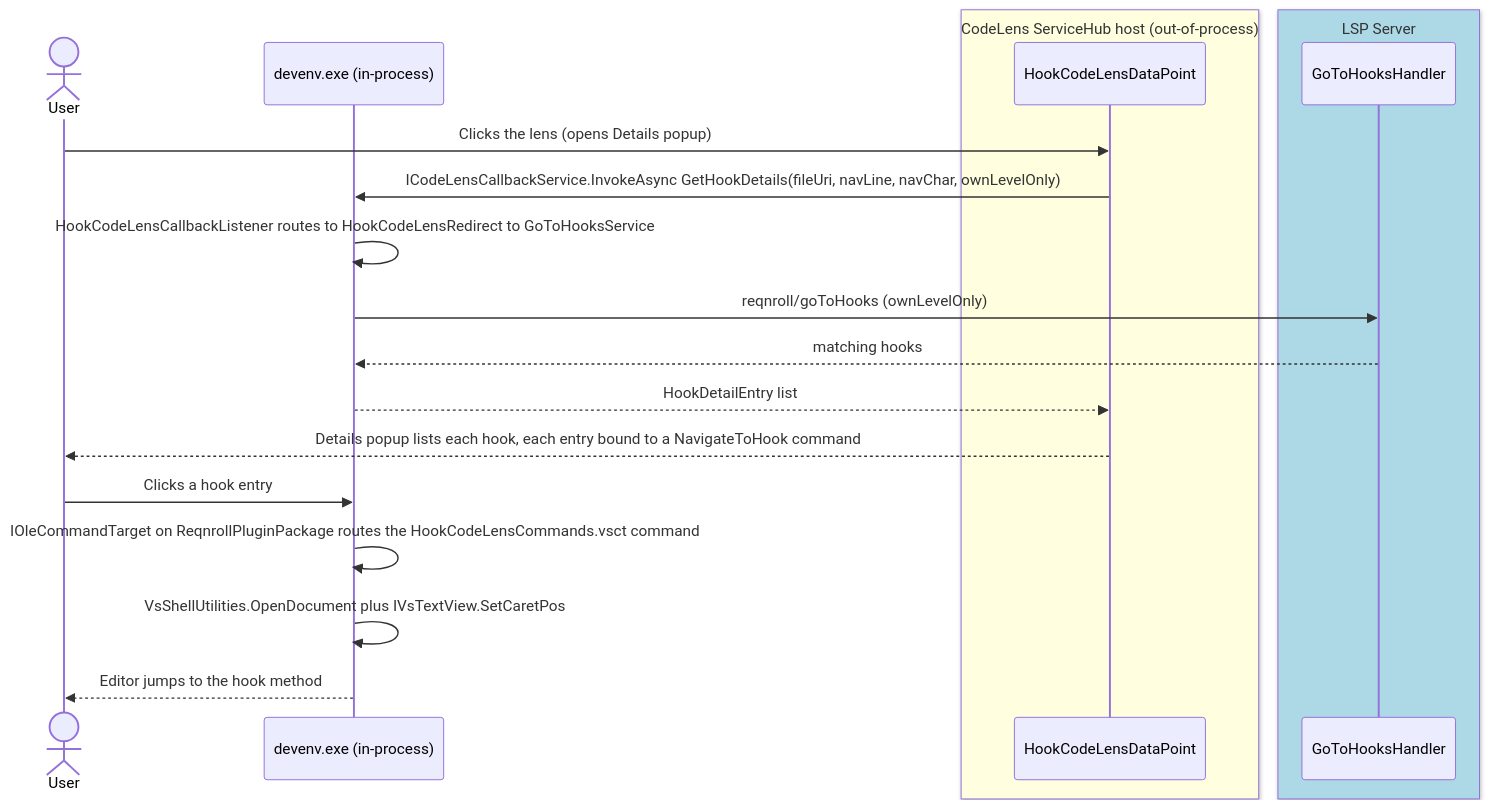
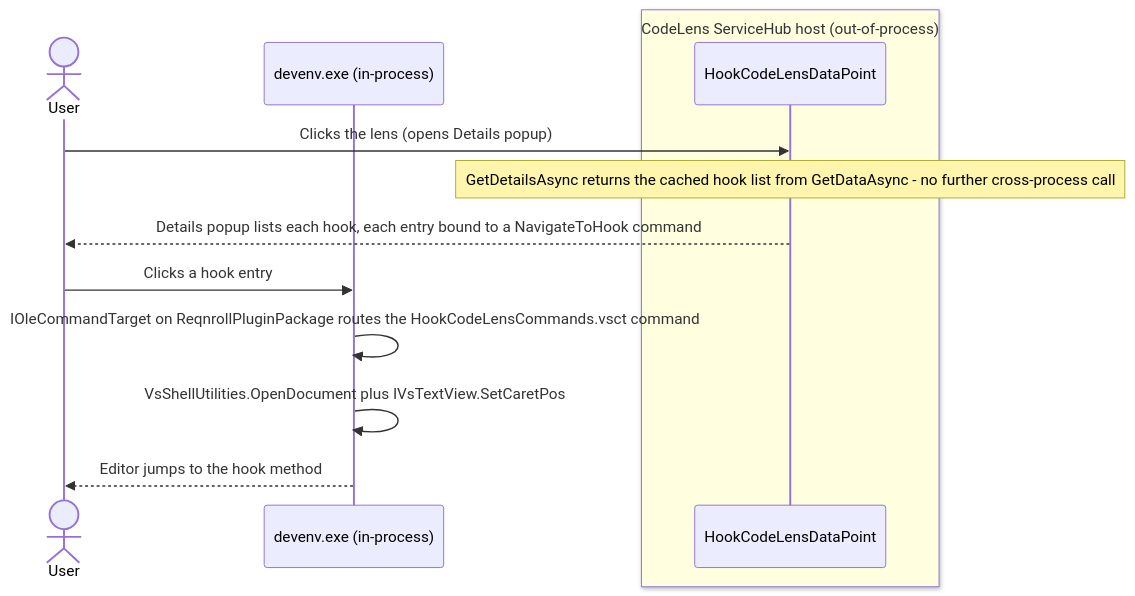
One commit to reqnroll/Reqnroll.IdeSupport changed diagram 21 of 21 in docs/LSP-IDE-Support-Feature-Designs.md. Above: the diagram before and after it, drawn with Mermaid.

Commit message:
docs: document the Details-popup deadlock fix (F24 requirement 5)
Adds the fifth platform requirement found live (GetDetailsAsync must not
make its own callback round-trip) and updates the component inventory and
both execution-flow diagrams to reflect that GetDataAsync now eagerly
fetches and caches Details-popup content instead.

````diff
--- a/docs/LSP-IDE-Support-Feature-Designs.md
+++ b/docs/LSP-IDE-Support-Feature-Designs.md
@@ -1680,26 +1690,18 @@
 ```mermaid
 sequenceDiagram
     actor User
     participant IDE as devenv.exe (in-process)
 
     box LightYellow CodeLens ServiceHub host (out-of-process)
         participant DP as HookCodeLensDataPoint
     end
 
-    box LightBlue LSP Server
-        participant GTH as GoToHooksHandler
-    end
-
     User->>DP: Clicks the lens (opens Details popup)
-    DP->>IDE: ICodeLensCallbackService.InvokeAsync GetHookDetails(fileUri, navLine, navChar, ownLevelOnly)
-    IDE->>IDE: HookCodeLensCallbackListener routes to HookCodeLensRedirect to GoToHooksService
-    IDE->>GTH: reqnroll/goToHooks (ownLevelOnly)
-    GTH-->>IDE: matching hooks
-    IDE-->>DP: HookDetailEntry list
+    Note over DP: GetDetailsAsync returns the cached hook list from GetDataAsync - no further cross-process call
     DP-->>User: Details popup lists each hook, each entry bound to a NavigateToHook command
 
     User->>IDE: Clicks a hook entry
     IDE->>IDE: IOleCommandTarget on ReqnrollPluginPackage routes the HookCodeLensCommands.vsct command
     IDE->>IDE: VsShellUtilities.OpenDocument plus IVsTextView.SetCaretPos
     IDE-->>User: Editor jumps to the hook method
 ```
````
